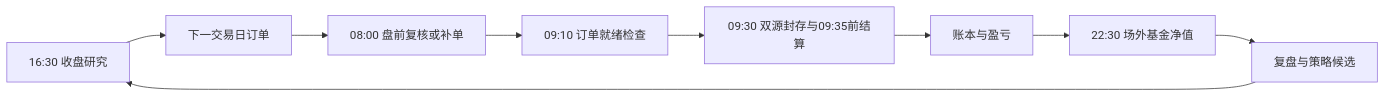
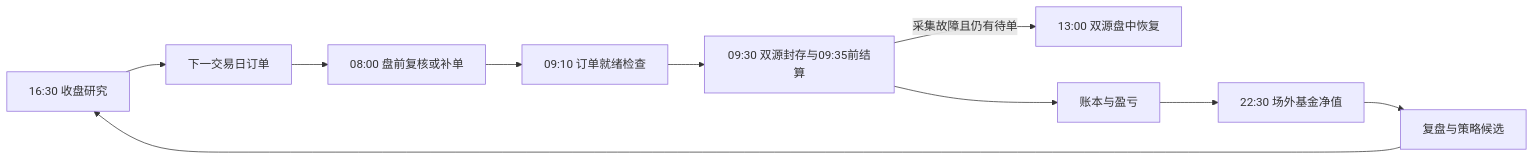
One commit to ARC0127/Vibe-Finance changed the diagram in README.md. Above: the diagram before and after it, drawn with Mermaid. The commit also changed other lines of this file and 24 other files, not shown here.

````diff
--- a/README.md
+++ b/README.md
@@ -179,11 +184,12 @@
 ```mermaid
 flowchart LR
     A[16:30 收盘研究] --> B[下一交易日订单]
     B --> C[08:00 盘前复核或补单]
     C --> D[09:10 订单就绪检查]
     D --> E[09:30 双源封存与09:35前结算]
+    E -->|采集故障且仍有待单| R[13:00 双源盘中恢复]
     E --> F[账本与盈亏]
     F --> G[22:30 场外基金净值]
     G --> H[复盘与策略候选]
     H --> A
 ```
````
